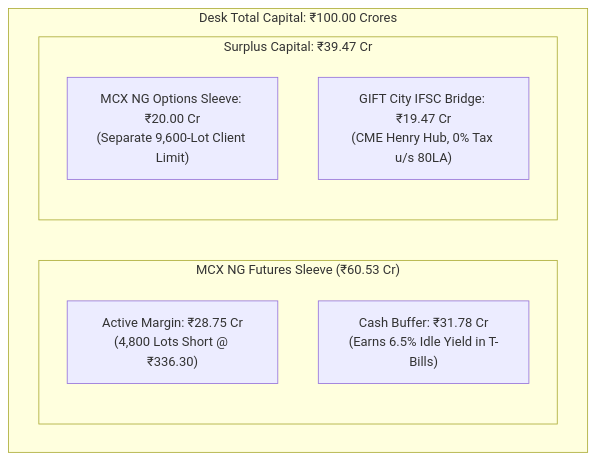
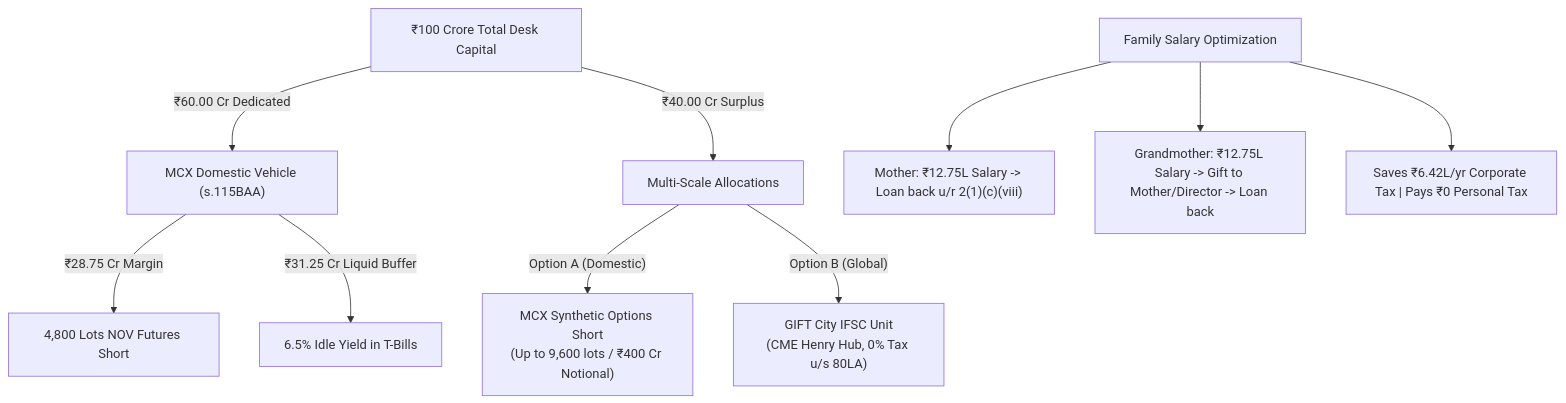
One commit to yieldchaser/mcx-margins changed the fourth of 4 diagrams in models/execution_and_tax_validation_plan.md. Above: the diagram before and after it, drawn with Mermaid. The commit also changed other lines of this file, not shown here.

Commit message:
docs(models): update master execution plan with family tax flowback, SEBI clubbing defense and CME Henry Hub scaling

````diff
--- a/models/execution_and_tax_validation_plan.md
+++ b/models/execution_and_tax_validation_plan.md
@@ -108,13 +221,16 @@
 ```mermaid
-flowchart TD
-    subgraph TotalCapital["Desk Total Capital: ₹100.00 Crores"]
-        subgraph DedicatedMCX["MCX NG Futures Sleeve (₹60.53 Cr)"]
-            M["Active Margin: ₹28.75 Cr\n(4,800 Lots Short @ ₹336.30)"]
-            B["Cash Buffer: ₹31.78 Cr\n(Earns 6.5% Idle Yield in T-Bills)"]
-        end
-        subgraph Surplus["Surplus Capital: ₹39.47 Cr"]
-            O["MCX NG Options Sleeve: ₹20.00 Cr\n(Separate 9,600-Lot Client Limit)"]
-            G["GIFT City IFSC Bridge: ₹19.47 Cr\n(CME Henry Hub, 0% Tax u/s 80LA)"]
-        end
-    end
+graph TD
+    Capital["₹100 Crore Total Desk Capital"]
+    
+    Capital -->|"₹60.00 Cr Dedicated"| MCX["MCX Domestic Vehicle (s.115BAA)"]
+    MCX -->|"₹28.75 Cr Margin"| Futures["4,800 Lots NOV Futures Short"]
+    MCX -->|"₹31.25 Cr Liquid Buffer"| Tbills["6.5% Idle Yield in T-Bills"]
+    
+    Capital -->|"₹40.00 Cr Surplus"| Growth["Multi-Scale Allocations"]
+    Growth -->|"Option A (Domestic)"| Synth["MCX Synthetic Options Short\n(Up to 9,600 lots / ₹400 Cr Notional)"]
+    Growth -->|"Option B (Global)"| GIFT["GIFT City IFSC Unit\n(CME Henry Hub, 0% Tax u/s 80LA)"]
+    
+    Payroll["Family Salary Optimization"] --> MotherPay["Mother: ₹12.75L Salary -> Loan back u/r 2(1)(c)(viii)"]
+    Payroll --> GranPay["Grandmother: ₹12.75L Salary -> Gift to Mother/Director -> Loan back"]
+    Payroll --> TaxSaved["Saves ₹6.42L/yr Corporate Tax | Pays ₹0 Personal Tax"]
 ```
````
